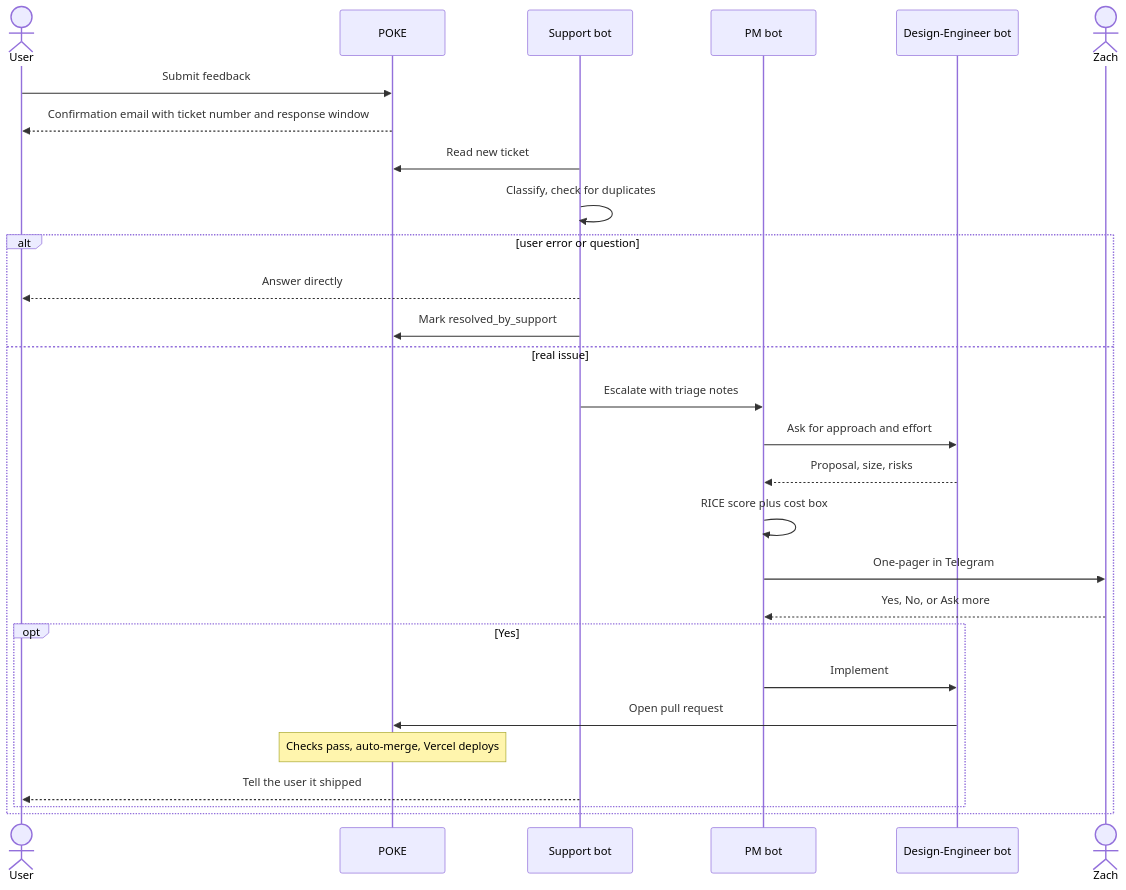
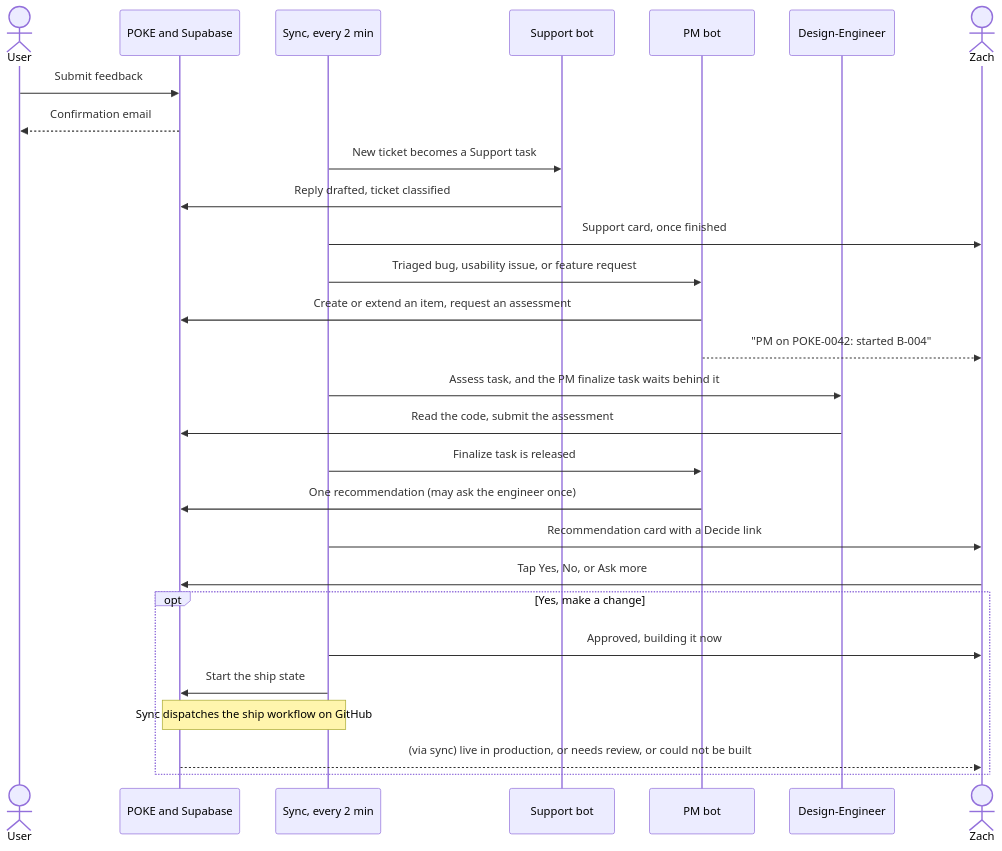
The fifth of 6 diagrams in docs/agents/architecture.md (schweitzdesign/usability-script-improver), drawn with Mermaid before and after one commit. The commit also changed other lines of this file and 4 other files, not shown here.

First line of the commit message:
Update all the docs for the PM, Design-Engineer, and shipping stages

````diff
--- a/docs/agents/architecture.md
+++ b/docs/agents/architecture.md
@@ -61,31 +108,31 @@
 ```mermaid
 sequenceDiagram
     actor U as User
-    participant P as POKE
+    participant P as POKE and Supabase
+    participant Y as Sync, every 2 min
     participant S as Support bot
     participant M as PM bot
-    participant D as Design-Engineer bot
+    participant D as Design-Engineer
     actor Z as Zach
 
     U->>P: Submit feedback
-    P-->>U: Confirmation email with ticket number and response window
-    S->>P: Read new ticket
-    S->>S: Classify, check for duplicates
-    alt user error or question
-        S-->>U: Answer directly
-        S->>P: Mark resolved_by_support
-    else real issue
-        S->>M: Escalate with triage notes
-        M->>D: Ask for approach and effort
-        D-->>M: Proposal, size, risks
-        M->>M: RICE score plus cost box
-        M->>Z: One-pager in Telegram
-        Z-->>M: Yes, No, or Ask more
-        opt Yes
-            M->>D: Implement
-            D->>P: Open pull request
-            Note over P: Checks pass, auto-merge, Vercel deploys
-            S-->>U: Tell the user it shipped
-        end
+    P-->>U: Confirmation email
+    Y->>S: New ticket becomes a Support task
+    S->>P: Reply drafted, ticket classified
+    Y->>Z: Support card, once finished
+    Y->>M: Triaged bug, usability issue, or feature request
+    M->>P: Create or extend an item, request an assessment
+    M-->>Z: "PM on POKE-0042: started B-004"
+    Y->>D: Assess task, and the PM finalize task waits behind it
+    D->>P: Read the code, submit the assessment
+    Y->>M: Finalize task is released
+    M->>P: One recommendation (may ask the engineer once)
+    Y->>Z: Recommendation card with a Decide link
+    Z->>P: Tap Yes, No, or Ask more
+    opt Yes, make a change
+        Y->>Z: Approved, building it now
+        Y->>P: Start the ship state
+        Note over Y,P: Sync dispatches the ship workflow on GitHub
+        P-->>Z: (via sync) live in production, or needs review, or could not be built
     end
 ```
````
